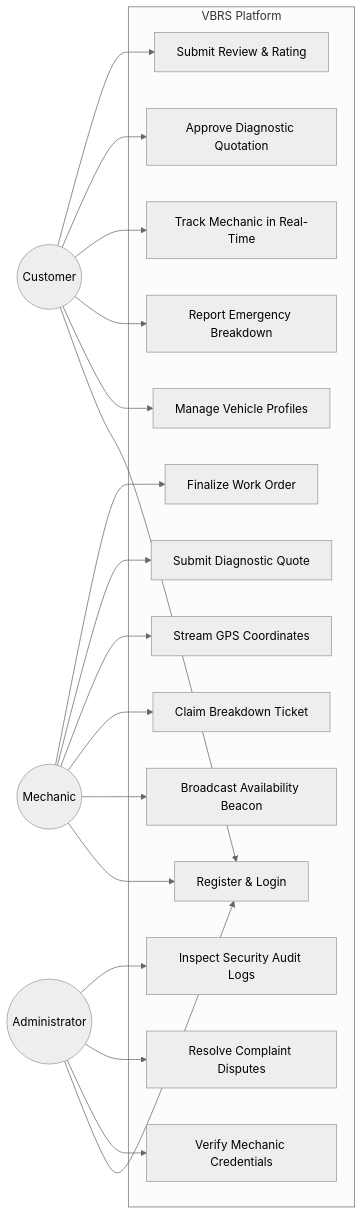
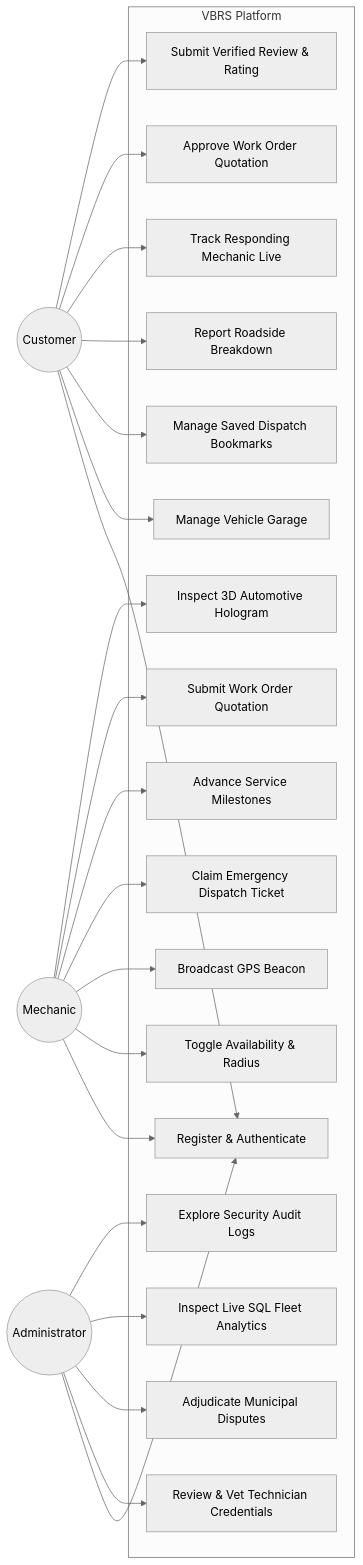
Before and after one commit to sahidprofessional000/vbrs-project-2026: the second of 12 diagrams in docs/ACADEMIC_REPORT.md, drawn with Mermaid (neutral theme). The commit also changed other lines of this file and 34 other files, not shown here.

Commit message:
feat(step7): complete final system regression, security hardening audit, 27-chapter academic monograph, and production documentation package

````diff
--- a/docs/ACADEMIC_REPORT.md
+++ b/docs/ACADEMIC_REPORT.md
@@ -246,42 +306,48 @@
 ```mermaid
 flowchart LR
     Customer((Customer))
     Mechanic((Mechanic))
     Admin((Administrator))
 
     subgraph VBRS Platform
-        UC1[Register & Login]
-        UC2[Manage Vehicle Profiles]
-        UC3[Report Emergency Breakdown]
-        UC4[Track Mechanic in Real-Time]
-        UC5[Approve Diagnostic Quotation]
-        UC6[Submit Review & Rating]
-        UC7[Broadcast Availability Beacon]
-        UC8[Claim Breakdown Ticket]
-        UC9[Stream GPS Coordinates]
-        UC10[Submit Diagnostic Quote]
-        UC11[Finalize Work Order]
-        UC12[Verify Mechanic Credentials]
-        UC13[Resolve Complaint Disputes]
-        UC14[Inspect Security Audit Logs]
+        UC1[Register & Authenticate]
+        UC2[Manage Vehicle Garage]
+        UC3[Manage Saved Dispatch Bookmarks]
+        UC4[Report Roadside Breakdown]
+        UC5[Track Responding Mechanic Live]
+        UC6[Approve Work Order Quotation]
+        UC7[Submit Verified Review & Rating]
+        UC8[Toggle Availability & Radius]
+        UC9[Broadcast GPS Beacon]
+        UC10[Claim Emergency Dispatch Ticket]
+        UC11[Advance Service Milestones]
+        UC12[Submit Work Order Quotation]
+        UC13[Inspect 3D Automotive Hologram]
+        UC14[Review & Vet Technician Credentials]
+        UC15[Adjudicate Municipal Disputes]
+        UC16[Inspect Live SQL Fleet Analytics]
+        UC17[Explore Security Audit Logs]
     end
 
     Customer --> UC1
     Customer --> UC2
     Customer --> UC3
     Customer --> UC4
     Customer --> UC5
     Customer --> UC6
+    Customer --> UC7
 
     Mechanic --> UC1
-    Mechanic --> UC7
     Mechanic --> UC8
     Mechanic --> UC9
     Mechanic --> UC10
     Mechanic --> UC11
+    Mechanic --> UC12
+    Mechanic --> UC13
 
     Admin --> UC1
-    Admin --> UC12
-    Admin --> UC13
     Admin --> UC14
+    Admin --> UC15
+    Admin --> UC16
+    Admin --> UC17
 ```
````
